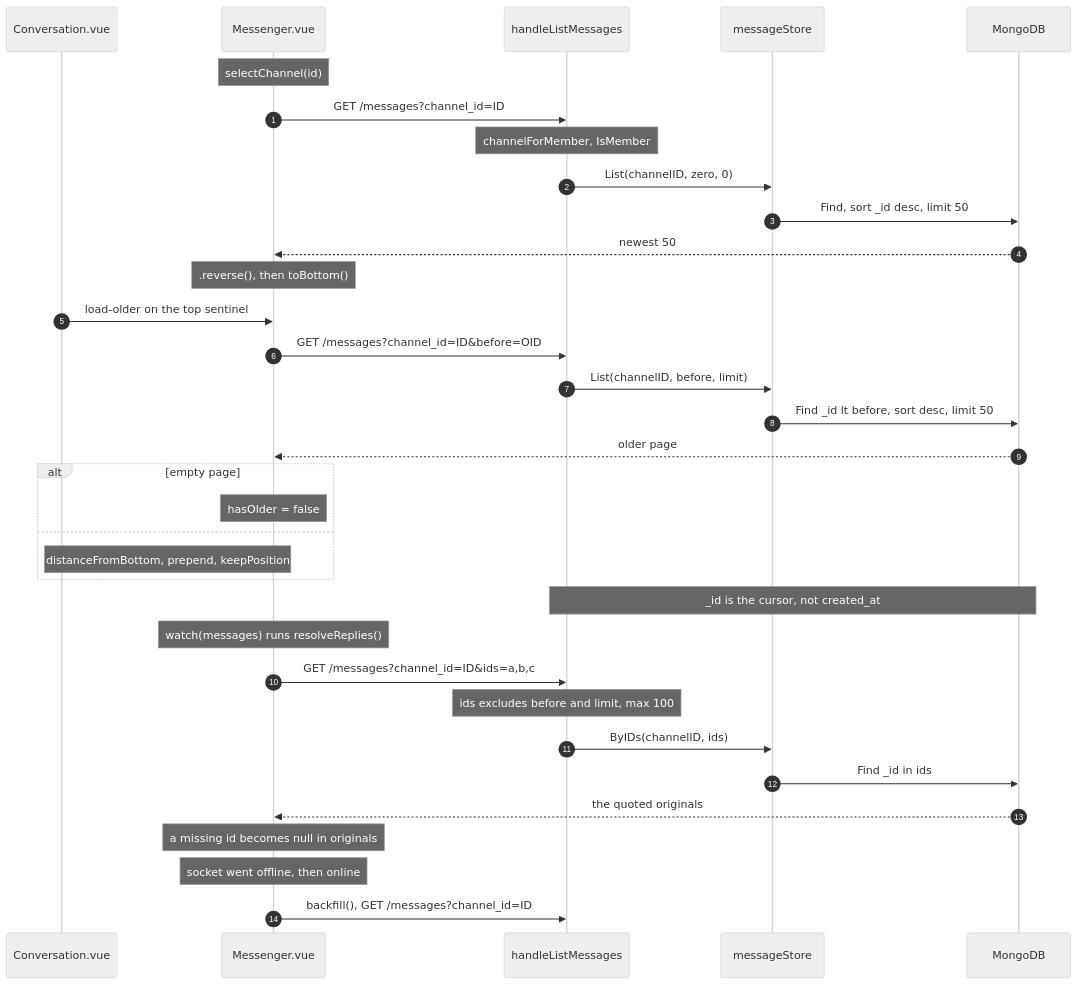
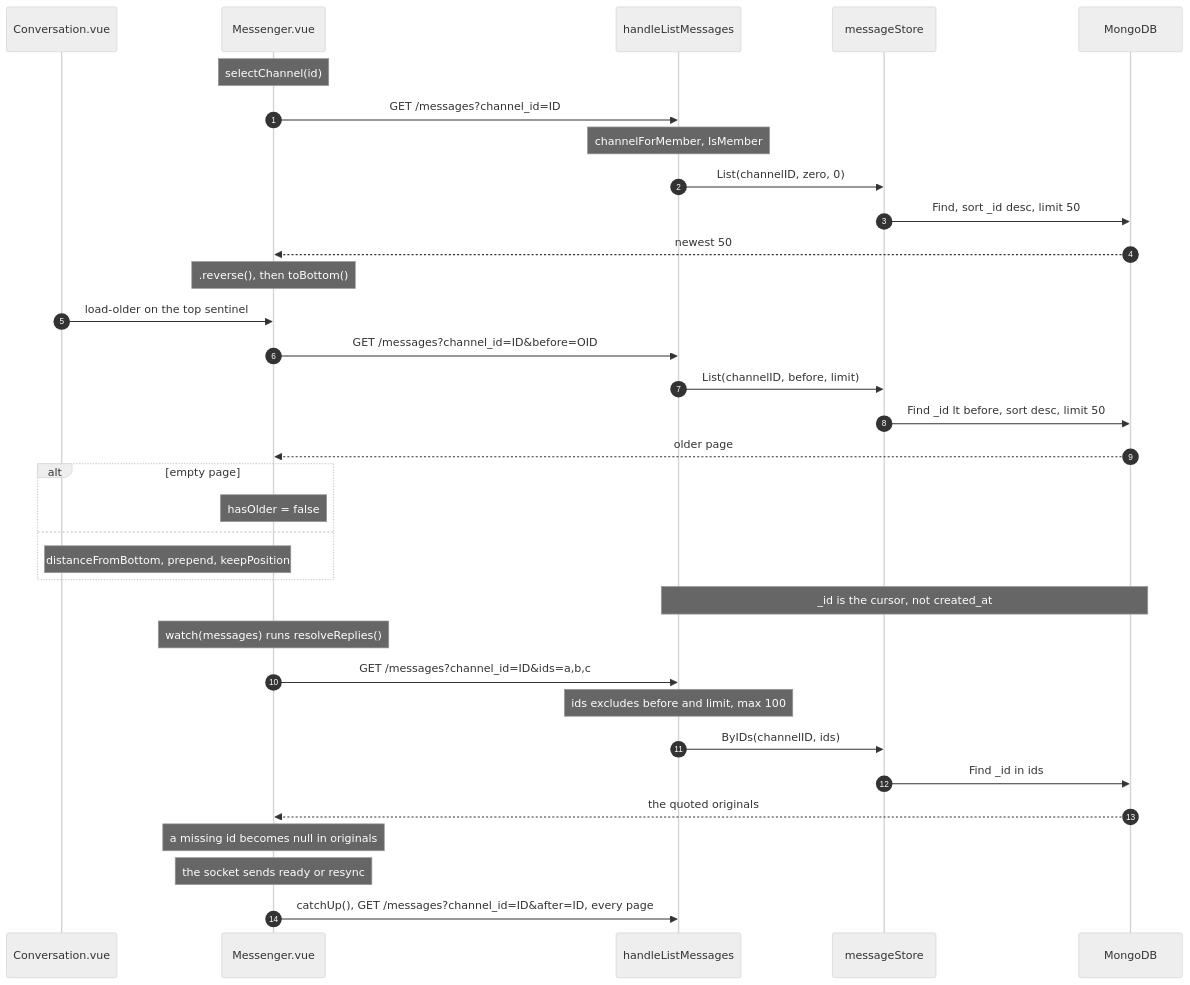
One commit to hdmtrn/nosql-messenger changed the diagram in docs/diagrams/seq-load-history.mmd. Above: the diagram before and after it, drawn with Mermaid (neutral theme). The commit also changed 15 other files, not shown here.

```diff
--- a/docs/diagrams/seq-load-history.mmd
+++ b/docs/diagrams/seq-load-history.mmd
@@ -1,42 +1,42 @@
-%% Loading history: first page, older pages, reply originals, backfill.
+%% Loading history: first page, older pages, reply originals, catch-up.
 %% See README for the notes referenced by step number.
 %% Sources: web/src/views/Messenger.vue, web/src/views/Conversation.vue,
 %% server/messages_http.go, server/messages.go
 sequenceDiagram
   autonumber
   participant CV as Conversation.vue
   participant MG as Messenger.vue
   participant H as handleListMessages
   participant MS as messageStore
   participant M as MongoDB
 
   Note over MG: selectChannel(id)
   MG->>H: GET /messages?channel_id=ID
   Note over H: channelForMember, IsMember
   H->>MS: List(channelID, zero, 0)
   MS->>M: Find, sort _id desc, limit 50
   M-->>MG: newest 50
   Note over MG: .reverse(), then toBottom()
 
   CV->>MG: load-older on the top sentinel
   MG->>H: GET /messages?channel_id=ID&before=OID
   H->>MS: List(channelID, before, limit)
   MS->>M: Find _id lt before, sort desc, limit 50
   M-->>MG: older page
   alt empty page
     Note over MG: hasOlder = false
   else
     Note over CV,MG: distanceFromBottom, prepend, keepPosition
   end
   Note over H,M: _id is the cursor, not created_at
 
   Note over MG: watch(messages) runs resolveReplies()
   MG->>H: GET /messages?channel_id=ID&ids=a,b,c
   Note over H: ids excludes before and limit, max 100
   H->>MS: ByIDs(channelID, ids)
   MS->>M: Find _id in ids
   M-->>MG: the quoted originals
   Note over MG: a missing id becomes null in originals
 
-  Note over MG: socket went offline, then online
-  MG->>H: backfill(), GET /messages?channel_id=ID
+  Note over MG: the socket sends ready or resync
+  MG->>H: catchUp(), GET /messages?channel_id=ID&after=ID, every page
```
